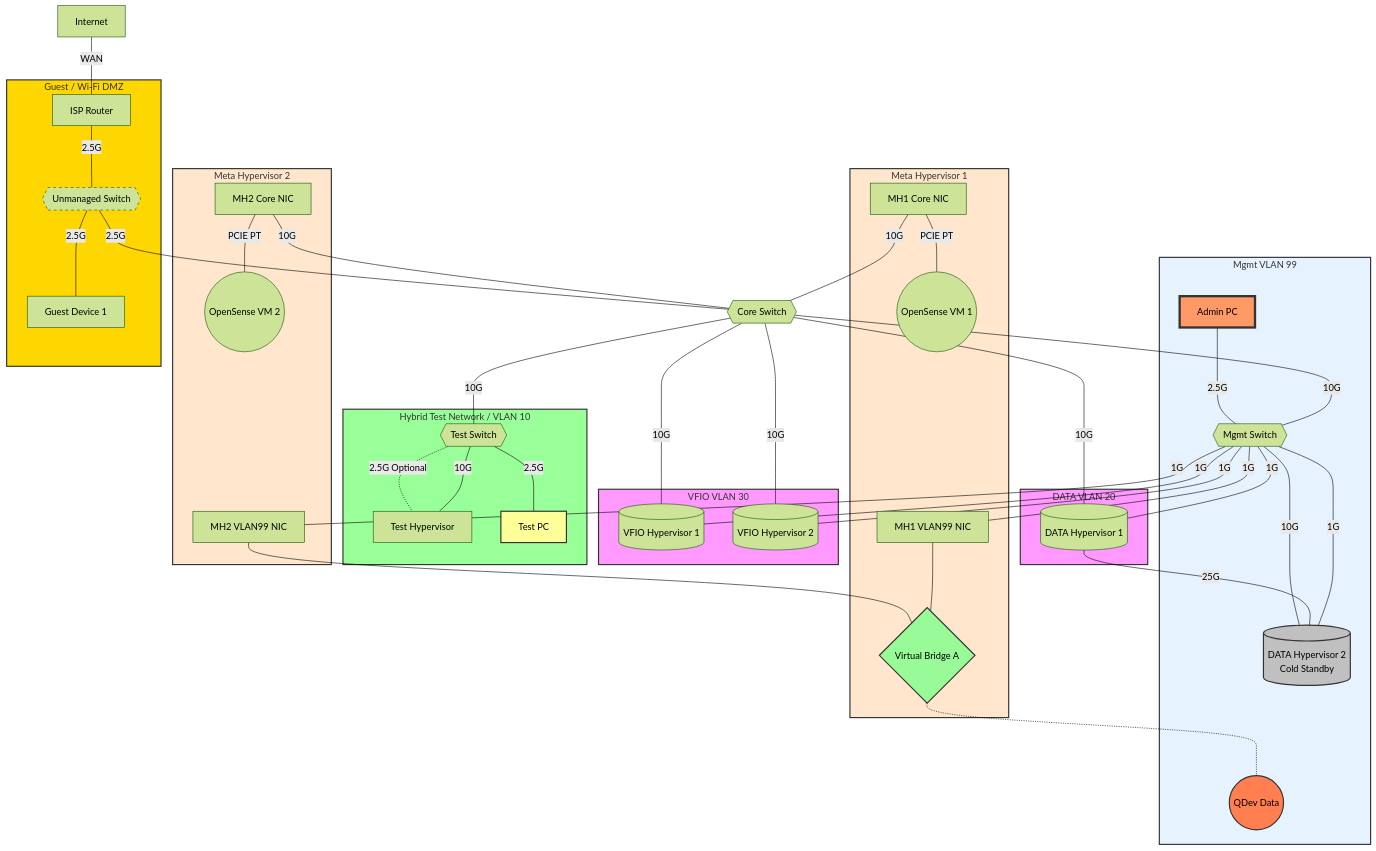
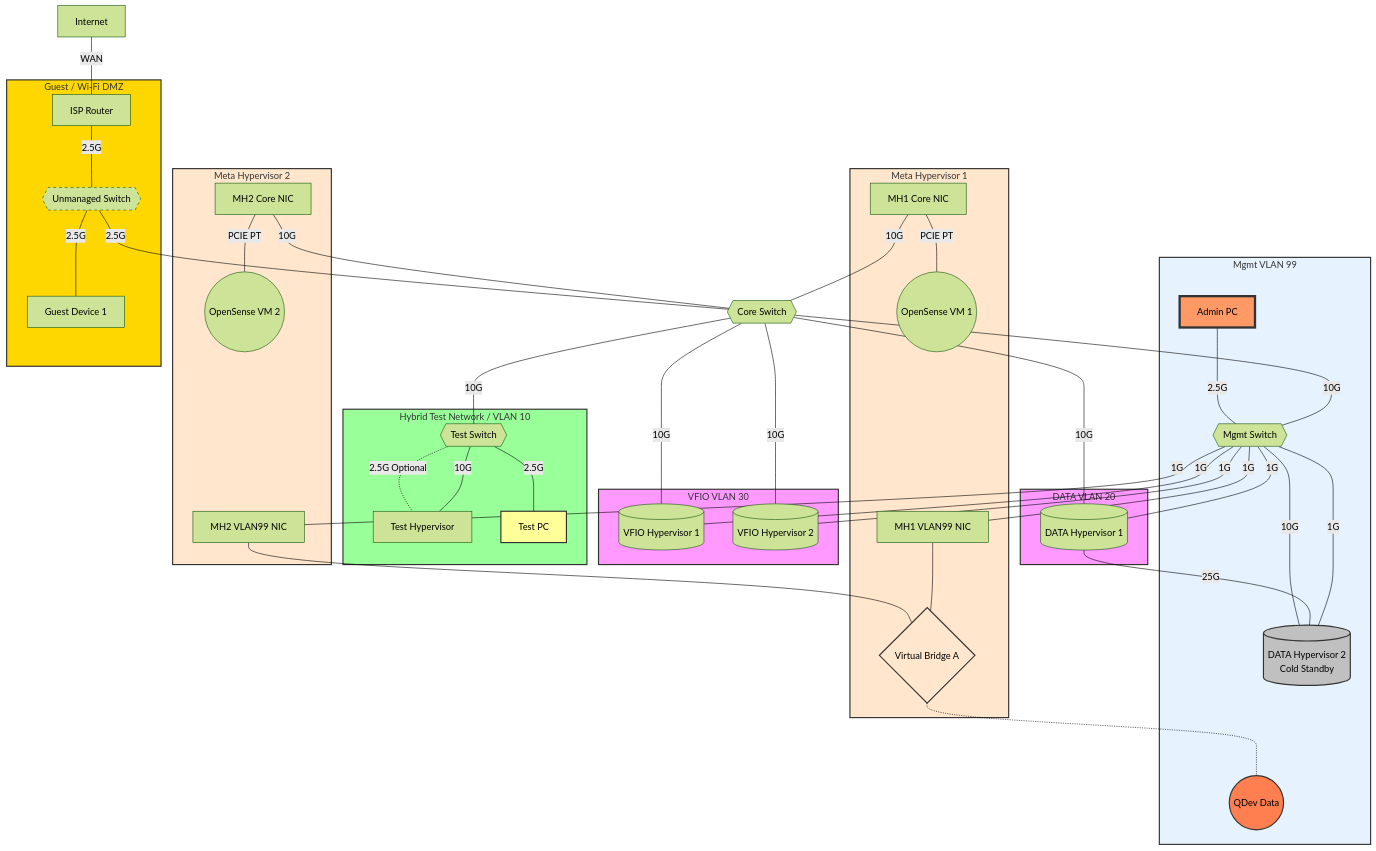
One commit to woeiru/lab changed the diagram in alp/netop8.md. Above: the diagram before and after it, drawn with Mermaid (forest theme).

Commit message:
standard

````diff
--- a/alp/netop8.md
+++ b/alp/netop8.md
@@ -52,7 +52,6 @@
         MH1NIC3
         MH2NIC3
         DH2
-        VBA
         QDD
     end
     subgraph Guest [Guest / Wi-Fi DMZ]
@@ -62,24 +61,31 @@
     end
     classDef vlan fill:#f9f,stroke:#333,stroke-width:2px;
     class VLAN20,VLAN30 vlan;
+
     classDef vlan99 fill:#e6f3ff,stroke:#333,stroke-width:2px;
     class VLAN99 vlan99;
+
     classDef hybridtestnet fill:#9f9,stroke:#333,stroke-width:2px;
     class VLAN10 hybridtestnet;
+
     classDef metahypervisor fill:#ffe6cc,stroke:#333,stroke-width:2px;
-    class MH1,MH2 metahypervisor;
+    class MH1,MH2,VBA metahypervisor;
+
     classDef optional stroke-dasharray: 5 5;
     class US optional;
+
     classDef adminpc fill:#f96,stroke:#333,stroke-width:4px;
     class AP adminpc;
+
     classDef testmachine fill:#ff9,stroke:#333,stroke-width:2px;
     class TM testmachine;
+
     classDef dmz fill:#ffd700,stroke:#333,stroke-width:2px;
     class Guest dmz;
+
     classDef quorum fill:#ff7f50,stroke:#333,stroke-width:2px;
     class QDD quorum;
+
     classDef coldstandby fill:#c0c0c0,stroke:#333,stroke-width:2px;
     class DH2 coldstandby;
-    classDef virtualbridge fill:#98fb98,stroke:#333,stroke-width:2px;
-    class VBA virtualbridge;
  ```
````
